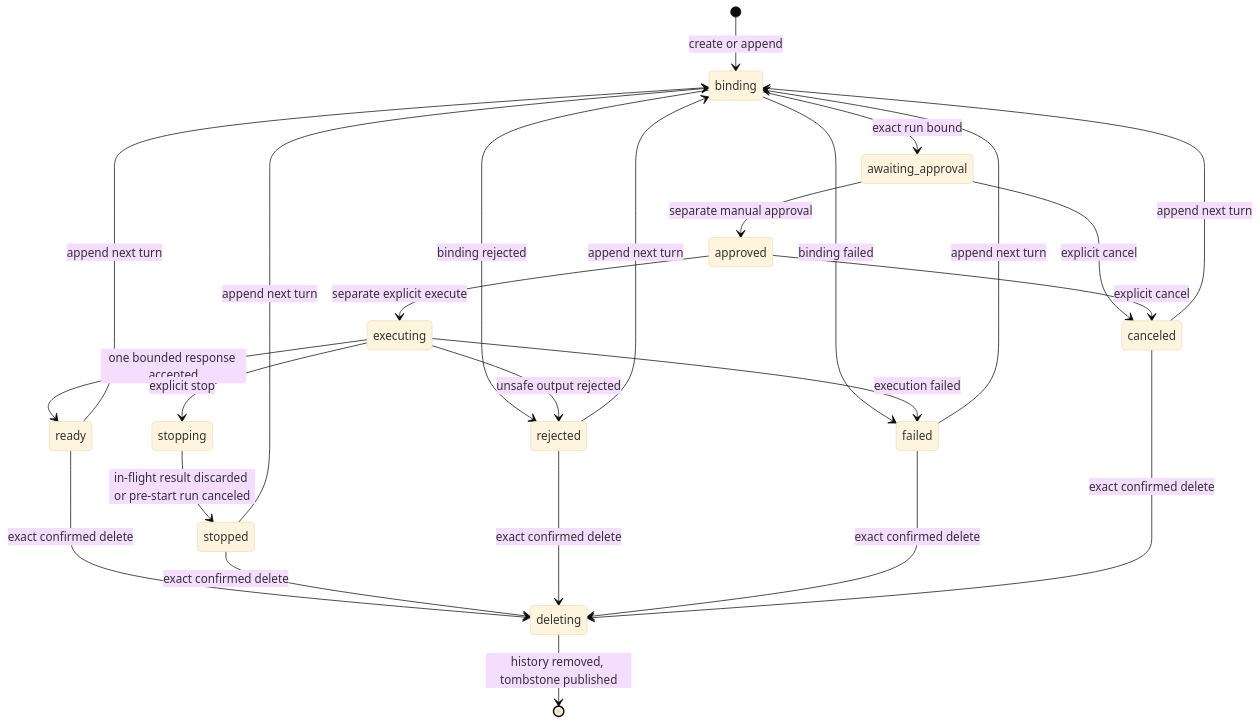
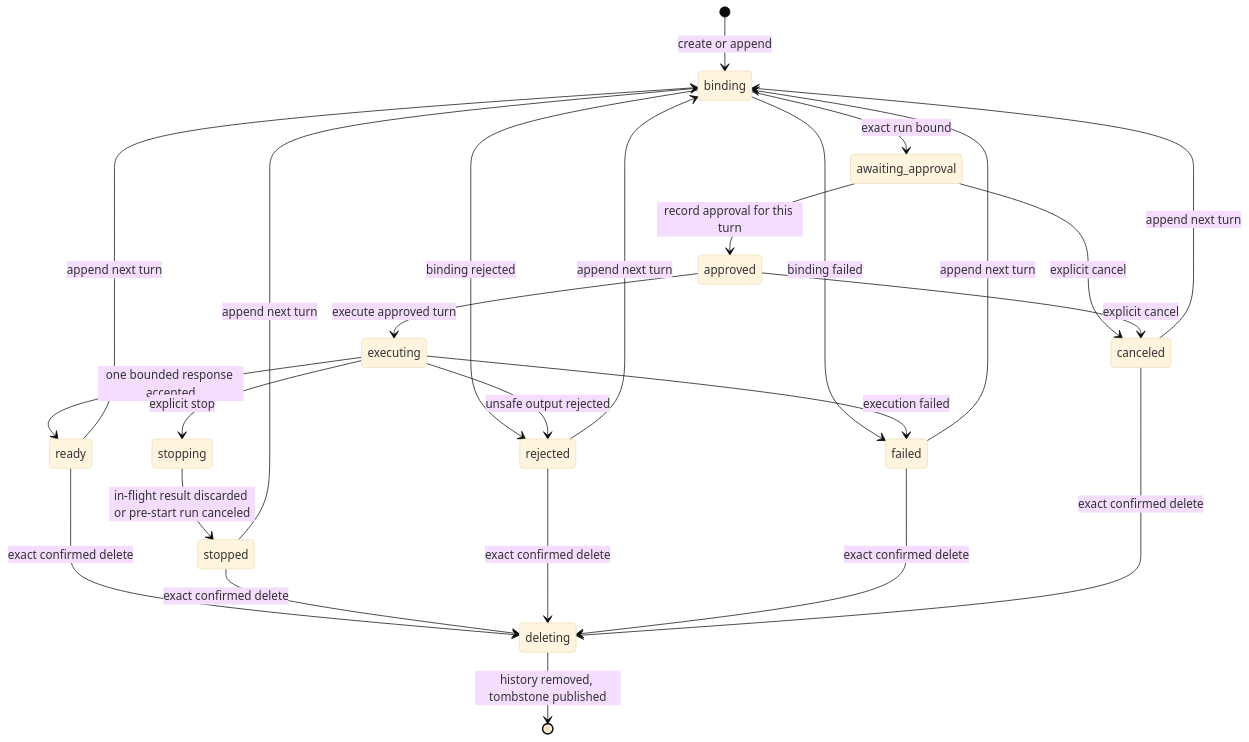
One commit to dexterlr/codexforge changed the second of 2 diagrams in frontend/docs/codexforge-canonical-local-first-jarvis-chat-lifecycle.md. Above: the diagram before and after it, drawn with Mermaid (base theme). The commit also changed other lines of this file and 55 other files, not shown here.

````diff
--- a/frontend/docs/codexforge-canonical-local-first-jarvis-chat-lifecycle.md
+++ b/frontend/docs/codexforge-canonical-local-first-jarvis-chat-lifecycle.md
@@ -40,27 +40,27 @@
 ```mermaid
 stateDiagram-v2
     [*] --> binding: create or append
     binding --> awaiting_approval: exact run bound
     binding --> rejected: binding rejected
     binding --> failed: binding failed
-    awaiting_approval --> approved: separate manual approval
+    awaiting_approval --> approved: record approval for this turn
     awaiting_approval --> canceled: explicit cancel
-    approved --> executing: separate explicit execute
+    approved --> executing: execute approved turn
     approved --> canceled: explicit cancel
     executing --> ready: one bounded response accepted
     executing --> rejected: unsafe output rejected
     executing --> failed: execution failed
     executing --> stopping: explicit stop
     stopping --> stopped: in-flight result discarded or pre-start run canceled
     ready --> binding: append next turn
     stopped --> binding: append next turn
     rejected --> binding: append next turn
     failed --> binding: append next turn
     canceled --> binding: append next turn
     ready --> deleting: exact confirmed delete
     stopped --> deleting: exact confirmed delete
     rejected --> deleting: exact confirmed delete
     failed --> deleting: exact confirmed delete
     canceled --> deleting: exact confirmed delete
     deleting --> [*]: history removed, tombstone published
 ```
````
